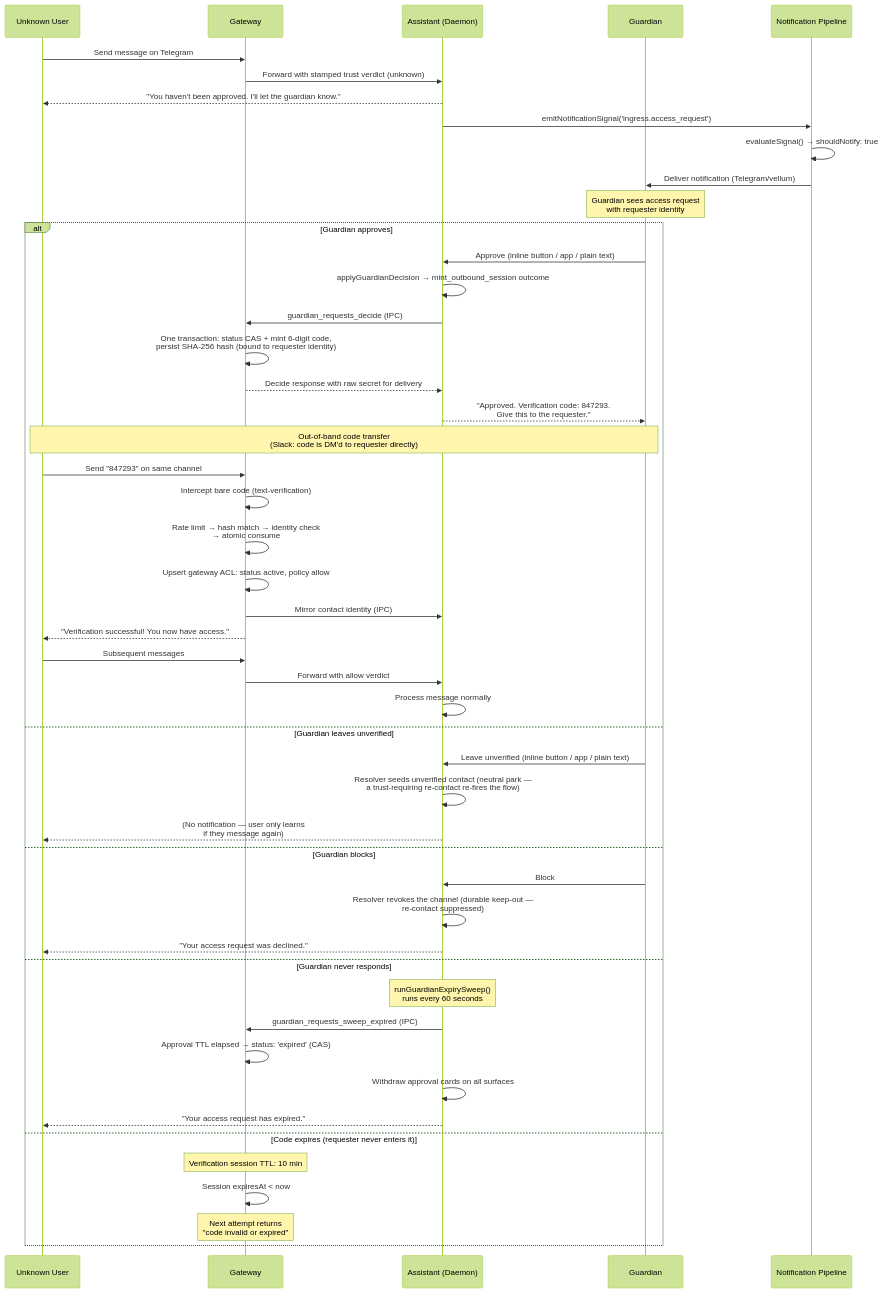
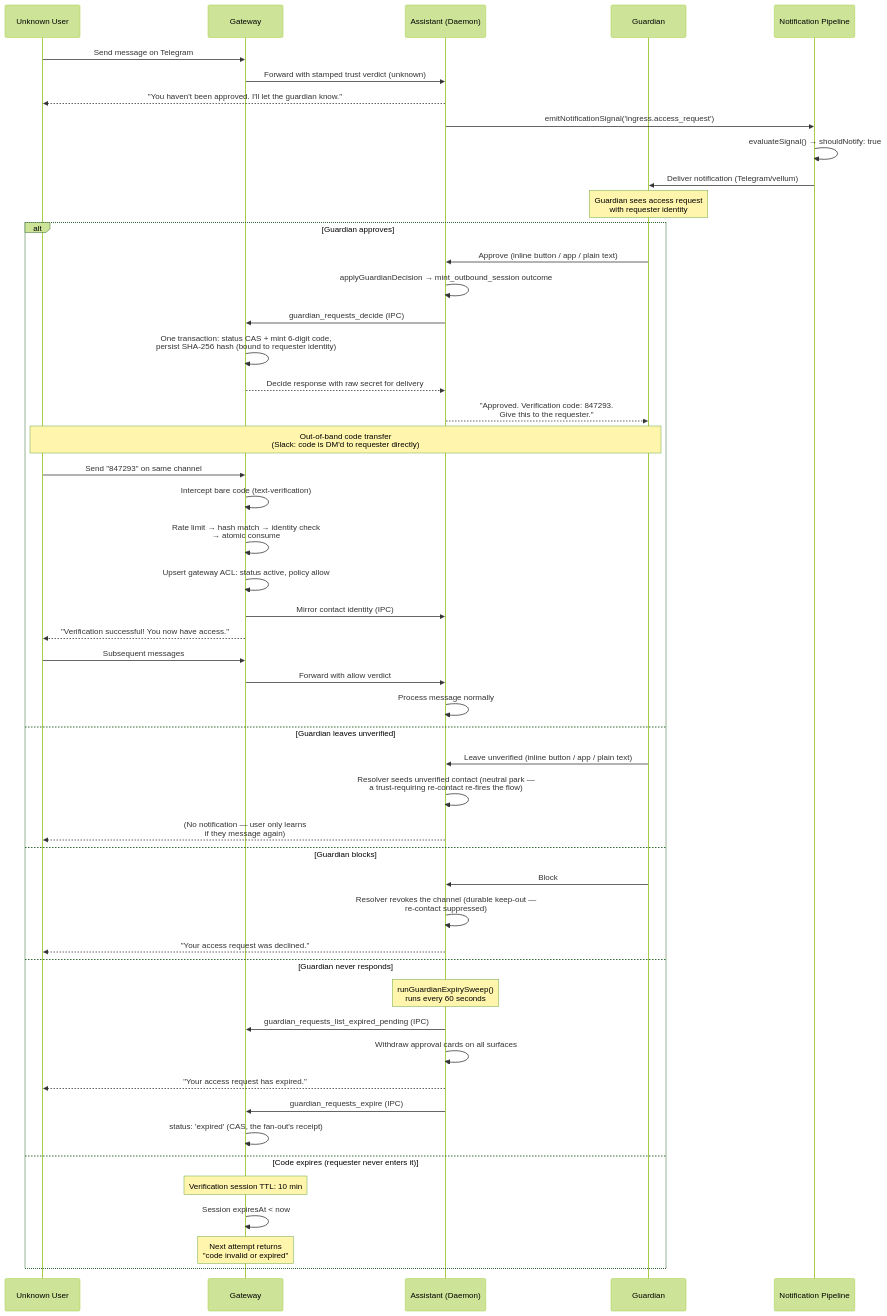
Before and after one commit to vellum-ai/vellum-assistant: the diagram in assistant/docs/trusted-contact-access.md, drawn with Mermaid (forest theme). The commit also changed other lines of this file and 11 other files, not shown here.

````diff
--- a/assistant/docs/trusted-contact-access.md
+++ b/assistant/docs/trusted-contact-access.md
@@ -168,62 +168,63 @@
 ```mermaid
 sequenceDiagram
     participant U as Unknown User
     participant GW as Gateway
     participant A as Assistant (Daemon)
     participant G as Guardian
     participant N as Notification Pipeline
 
     U->>GW: Send message on Telegram
     GW->>A: Forward with stamped trust verdict (unknown)
     A-->>U: "You haven't been approved. I'll let the guardian know."
 
     A->>N: emitNotificationSignal('ingress.access_request')
     N->>N: evaluateSignal() → shouldNotify: true
     N->>G: Deliver notification (Telegram/vellum)
 
     Note over G: Guardian sees access request<br/>with requester identity
 
     alt Guardian approves
         G->>A: Approve (inline button / app / plain text)
         A->>A: applyGuardianDecision → mint_outbound_session outcome
         A->>GW: guardian_requests_decide (IPC)
         GW->>GW: One transaction: status CAS + mint 6-digit code,<br/>persist SHA-256 hash (bound to requester identity)
         GW-->>A: Decide response with raw secret for delivery
         A-->>G: "Approved. Verification code: 847293.<br/>Give this to the requester."
 
         Note over G,U: Out-of-band code transfer<br/>(Slack: code is DM'd to requester directly)
 
         U->>GW: Send "847293" on same channel
         GW->>GW: Intercept bare code (text-verification)
         GW->>GW: Rate limit → hash match → identity check<br/>→ atomic consume
         GW->>GW: Upsert gateway ACL: status active, policy allow
         GW->>A: Mirror contact identity (IPC)
         GW-->>U: "Verification successful! You now have access."
 
         U->>GW: Subsequent messages
         GW->>A: Forward with allow verdict
         A->>A: Process message normally
 
     else Guardian leaves unverified
         G->>A: Leave unverified (inline button / app / plain text)
         A->>A: Resolver seeds unverified contact (neutral park —<br/>a trust-requiring re-contact re-fires the flow)
         A-->>U: (No notification — user only learns<br/>if they message again)
 
     else Guardian blocks
         G->>A: Block
         A->>A: Resolver revokes the channel (durable keep-out —<br/>re-contact suppressed)
         A-->>U: "Your access request was declined."
 
     else Guardian never responds
         Note over A: runGuardianExpirySweep()<br/>runs every 60 seconds
-        A->>GW: guardian_requests_sweep_expired (IPC)
-        GW->>GW: Approval TTL elapsed → status: 'expired' (CAS)
+        A->>GW: guardian_requests_list_expired_pending (IPC)
         A->>A: Withdraw approval cards on all surfaces
         A-->>U: "Your access request has expired."
+        A->>GW: guardian_requests_expire (IPC)
+        GW->>GW: status: 'expired' (CAS, the fan-out's receipt)
 
     else Code expires (requester never enters it)
         Note over GW: Verification session TTL: 10 min
         GW->>GW: Session expiresAt < now
         Note over GW: Next attempt returns<br/>"code invalid or expired"
     end
 ```
````
